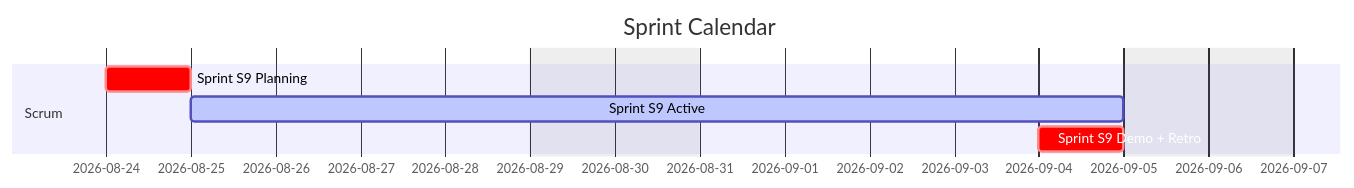
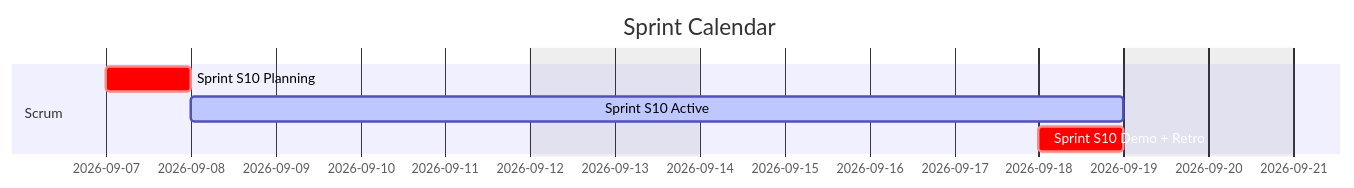
The first of 2 diagrams in docs/index.md (Katty-Fashion/kf-cpto), drawn with Mermaid before and after one commit. The commit also changed 15 other files, not shown here.

````diff
--- a/docs/index.md
+++ b/docs/index.md
@@ -61,11 +61,11 @@
 ```mermaid
 gantt
     title Sprint Calendar
     dateFormat YYYY-MM-DD
     excludes weekends
 
     section Scrum
-    Sprint S9 Planning        :crit, 2026-08-24, 1d
-    Sprint S9 Active          :active, 2026-08-25, 9d
-    Sprint S9 Demo + Retro    :crit, 2026-09-04, 1d
+    Sprint S10 Planning        :crit, 2026-09-07, 1d
+    Sprint S10 Active          :active, 2026-09-08, 9d
+    Sprint S10 Demo + Retro    :crit, 2026-09-18, 1d
 ```
````
